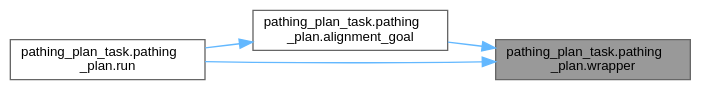
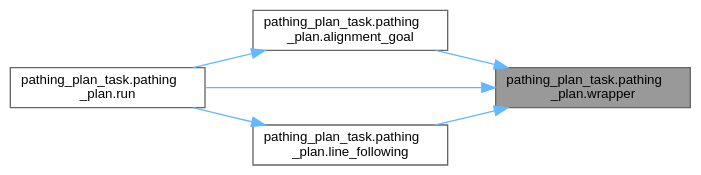
Before and after one commit to elheuchert/ME-405-Romi: the diagram in docs/classpathing__plan__task_1_1pathing__plan_ad08c3360eb952dab07e98c69169c43b5_icgraph.dot, drawn with Graphviz. The commit also changed 44 other files, not shown here.

```diff
--- a/docs/classpathing__plan__task_1_1pathing__plan_ad08c3360eb952dab07e98c69169c43b5_icgraph.dot
+++ b/docs/classpathing__plan__task_1_1pathing__plan_ad08c3360eb952dab07e98c69169c43b5_icgraph.dot
@@ -1,14 +1,17 @@
 digraph "pathing_plan_task.pathing_plan.wrapper"
 {
  // LATEX_PDF_SIZE
   bgcolor="transparent";
   edge [fontname=Helvetica,fontsize=10,labelfontname=Helvetica,labelfontsize=10];
   node [fontname=Helvetica,fontsize=10,shape=box,height=0.2,width=0.4];
   rankdir="RL";
   Node1 [id="Node000001",label="pathing_plan_task.pathing\l_plan.wrapper",height=0.2,width=0.4,color="gray40", fillcolor="grey60", style="filled", fontcolor="black",tooltip=" "];
   Node1 -> Node2 [id="edge1_Node000001_Node000002",dir="back",color="steelblue1",style="solid",tooltip=" "];
   Node2 [id="Node000002",label="pathing_plan_task.pathing\l_plan.alignment_goal",height=0.2,width=0.4,color="grey40", fillcolor="white", style="filled",URL="$classpathing__plan__task_1_1pathing__plan.html#a7cabe7403a1b005a063a5fd59b557e8e",tooltip=" "];
   Node2 -> Node3 [id="edge2_Node000002_Node000003",dir="back",color="steelblue1",style="solid",tooltip=" "];
   Node3 [id="Node000003",label="pathing_plan_task.pathing\l_plan.run",height=0.2,width=0.4,color="grey40", fillcolor="white", style="filled",URL="$classpathing__plan__task_1_1pathing__plan.html#a50ae901bf0f81f3057545b804b84b2a4",tooltip=" "];
-  Node1 -> Node3 [id="edge3_Node000001_Node000003",dir="back",color="steelblue1",style="solid",tooltip=" "];
+  Node1 -> Node4 [id="edge3_Node000001_Node000004",dir="back",color="steelblue1",style="solid",tooltip=" "];
+  Node4 [id="Node000004",label="pathing_plan_task.pathing\l_plan.line_following",height=0.2,width=0.4,color="grey40", fillcolor="white", style="filled",URL="$classpathing__plan__task_1_1pathing__plan.html#afdc5715b2647cb1fe291cb542f25e686",tooltip=" "];
+  Node4 -> Node3 [id="edge4_Node000004_Node000003",dir="back",color="steelblue1",style="solid",tooltip=" "];
+  Node1 -> Node3 [id="edge5_Node000001_Node000003",dir="back",color="steelblue1",style="solid",tooltip=" "];
 }
```
